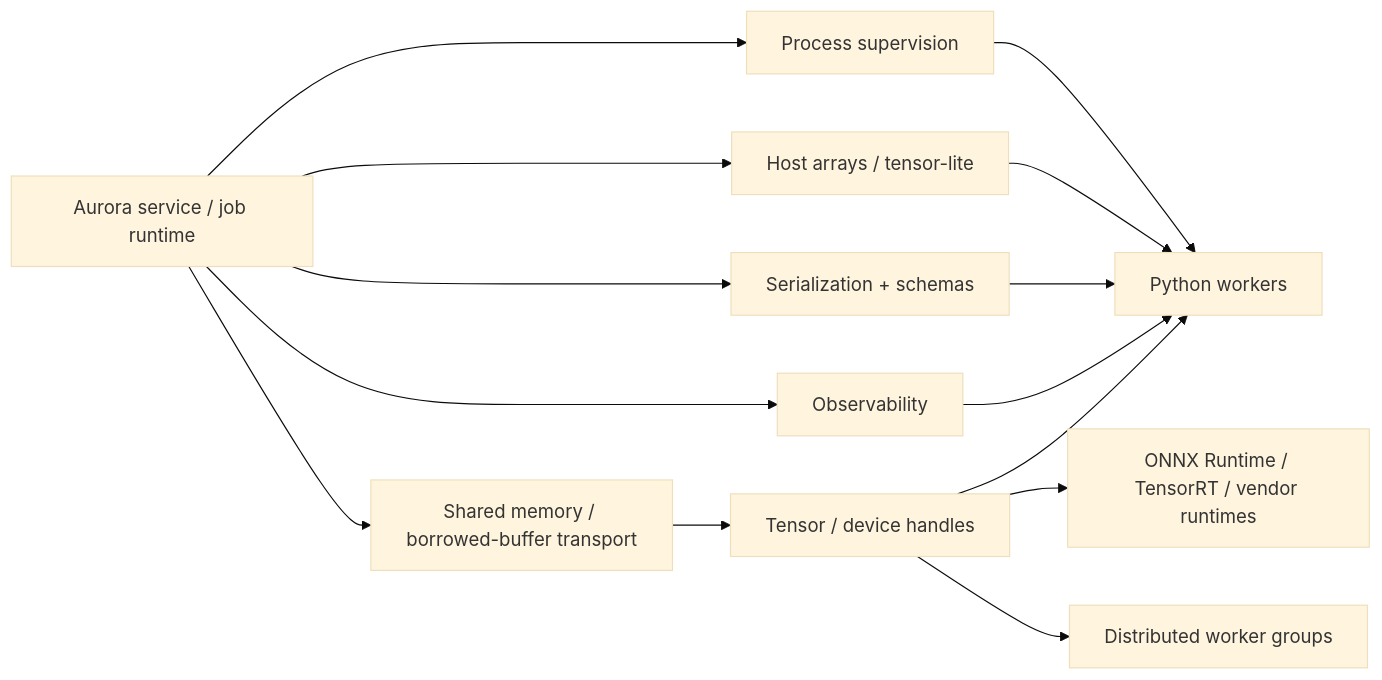
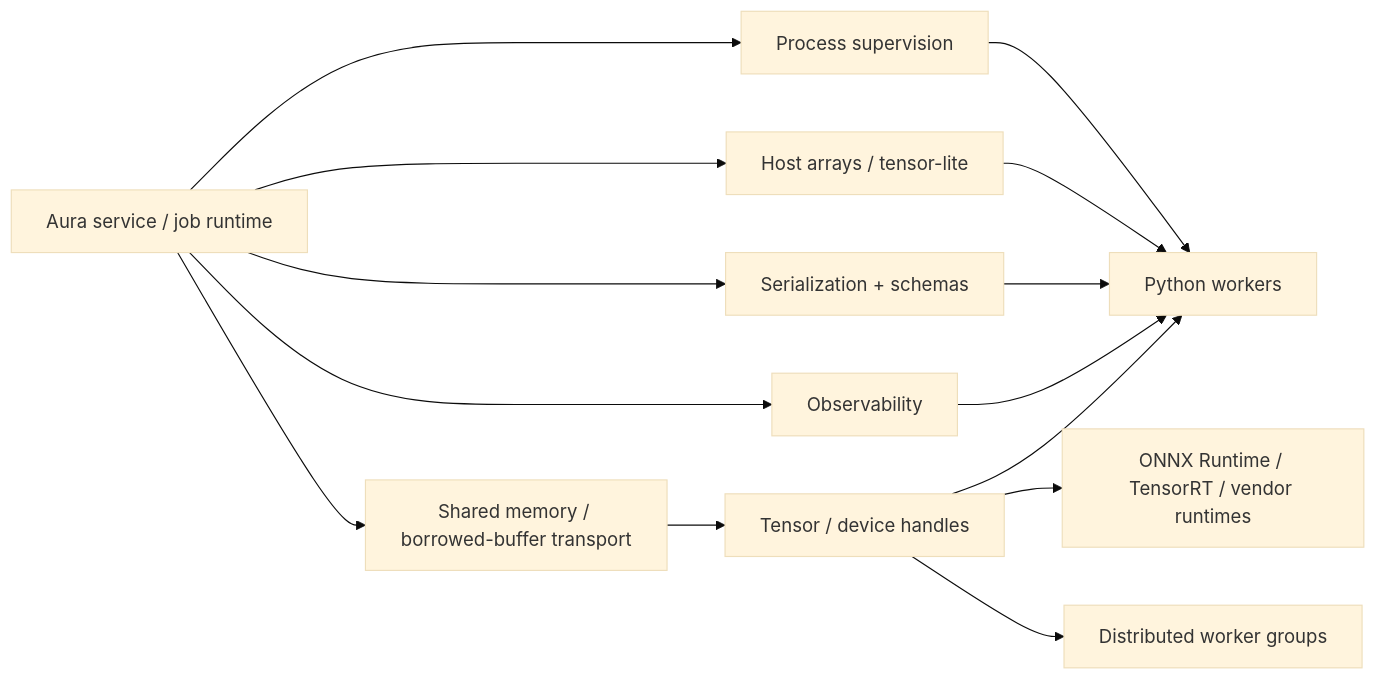
Before and after one commit to johnolafenwa/Aura: the diagram in docs/ml_systems_support_plan.md, drawn with Mermaid (base theme). The commit also changed other lines of this file and 2574 other files, not shown here.

Commit message:
Rename Aurora to Aura for v0.2 preview

````diff
--- a/docs/ml_systems_support_plan.md
+++ b/docs/ml_systems_support_plan.md
@@ -95,16 +97,16 @@
 ```mermaid
 flowchart LR
-    A["Aurora service / job runtime"] --> B["Process supervision"]
+    A["Aura service / job runtime"] --> B["Process supervision"]
     A --> C["Host arrays / tensor-lite"]
     A --> D["Serialization + schemas"]
     A --> E["Observability"]
     A --> F["Shared memory / borrowed-buffer transport"]
     F --> G["Tensor / device handles"]
     B --> H["Python workers"]
     C --> H
     D --> H
     E --> H
     G --> H
     G --> I["ONNX Runtime / TensorRT / vendor runtimes"]
     G --> J["Distributed worker groups"]
 ```
````
